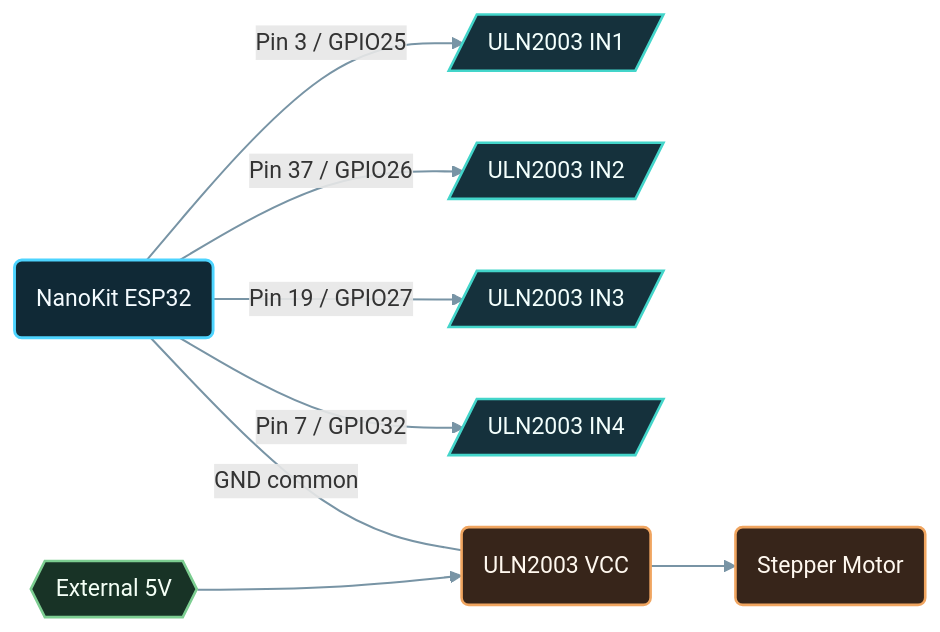
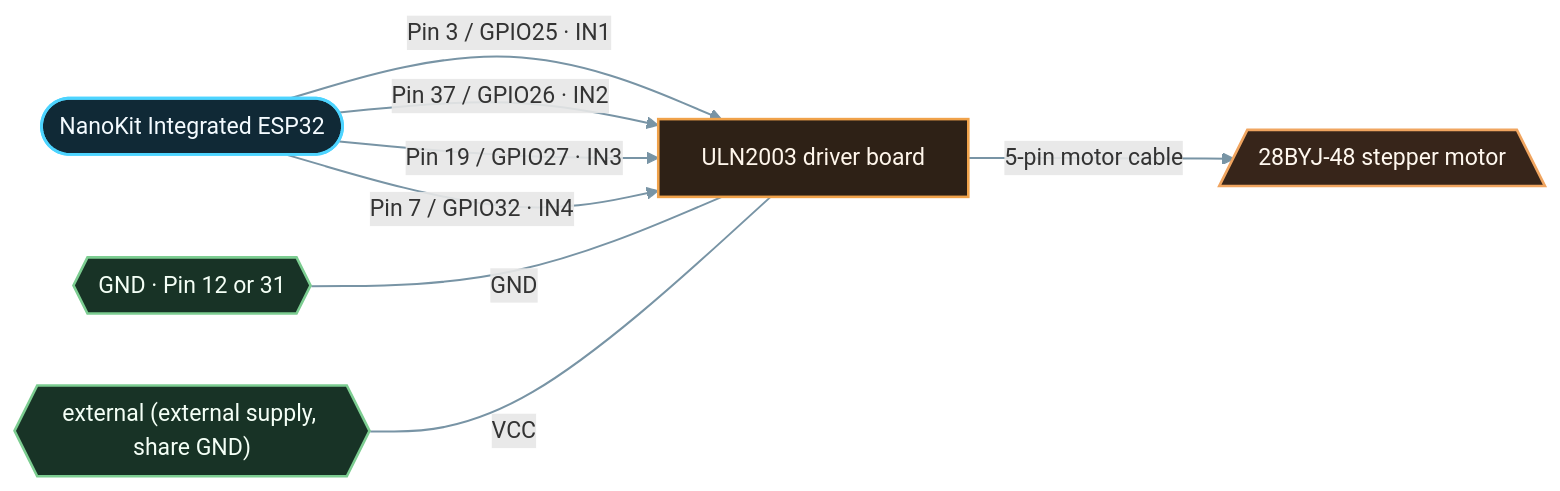
The diagram in examples_on_platformio/stepper_motor_control/images/connection-diagram.md (ProAmineOfficial/NanoKit-ESP32), drawn with Mermaid before and after one commit. The commit also changed other lines of this file and 97 other files, not shown here.

````diff
--- a/examples_on_platformio/stepper_motor_control/images/connection-diagram.md
+++ b/examples_on_platformio/stepper_motor_control/images/connection-diagram.md
@@ -5,20 +7,36 @@
 ```mermaid
 flowchart LR
-  NK("NanoKit ESP32") -->|Pin 3 / GPIO25| IN1[/ULN2003 IN1/]
-  NK -->|Pin 37 / GPIO26| IN2[/ULN2003 IN2/]
-  NK -->|Pin 19 / GPIO27| IN3[/ULN2003 IN3/]
-  NK -->|Pin 7 / GPIO32| IN4[/ULN2003 IN4/]
-  SUPPLY{{External 5V}} --> DRIVER("ULN2003 VCC")
-  NK ---|GND common| DRIVER
-  DRIVER --> MOTOR("Stepper Motor")
+  FW_main(["NanoKit Integrated ESP32"])
+  C_uln2003["ULN2003 driver board"]
+  FW_main -->|"Pin 3 / GPIO25 · IN1"| C_uln2003
+  FW_main -->|"Pin 37 / GPIO26 · IN2"| C_uln2003
+  FW_main -->|"Pin 19 / GPIO27 · IN3"| C_uln2003
+  FW_main -->|"Pin 7 / GPIO32 · IN4"| C_uln2003
+  RAIL_GND ---|"GND"| C_uln2003
+  RAIL_external ---|"VCC"| C_uln2003
+  C_stepper[/"28BYJ-48 stepper motor"\]
+  RAIL_GND{{"GND · Pin 12 or 31"}}
+  RAIL_external{{"external (external supply, share GND)"}}
+  C_uln2003 -->|"5-pin motor cable"| C_stepper
 
   classDef controller fill:#102936,stroke:#4dd4ff,stroke-width:2px,color:#f4fbff
-  classDef io fill:#15313c,stroke:#43d5ca,stroke-width:1.8px,color:#f3fffd
+  classDef node fill:#12334c,stroke:#66d4ff,stroke-width:1.8px,color:#f3f7ff
+  classDef sensor fill:#221b34,stroke:#ad8cff,stroke-width:1.8px,color:#f7f0ff
+  classDef actuator fill:#37251a,stroke:#f0a560,stroke-width:1.8px,color:#fff8ef
+  classDef driver fill:#2e2116,stroke:#f0a24a,stroke-width:1.8px,color:#fff6eb
+  classDef storage fill:#2a2f3d,stroke:#9fb0c8,stroke-width:1.8px,color:#f3f7ff
+  classDef display fill:#3c2349,stroke:#e3a0ed,stroke-width:1.8px,color:#f3f7ff
+  classDef comm fill:#0d2929,stroke:#4ed6c4,stroke-width:1.8px,color:#edfffc
   classDef power fill:#183326,stroke:#7ccd91,stroke-width:1.8px,color:#f4fff6
-  classDef actuator fill:#37251a,stroke:#f0a560,stroke-width:1.8px,color:#fff8ef
-  class NK controller
-  class IN1,IN2,IN3,IN4 io
-  class SUPPLY power
-  class DRIVER,MOTOR actuator
+  classDef bus fill:#1c2f4d,stroke:#8fb3ff,stroke-width:1.8px,color:#f3f7ff
+  classDef external fill:#28263a,stroke:#9ea9ff,stroke-width:1.8px,color:#f7f6ff
+  classDef other fill:#1f2430,stroke:#b0b8c6,stroke-width:1.6px,color:#f3f7ff
+  classDef proposed stroke-dasharray:6 4,stroke:#e0c45b,color:#fff9de
+  classDef blocked stroke-dasharray:3 3,stroke:#ef747d,color:#fff3f4
   linkStyle default stroke:#7894a5,stroke-width:1.4px
+  class FW_main controller
+  class C_uln2003 driver
+  class C_stepper actuator
+  class RAIL_GND power
+  class RAIL_external power
 ```
````
